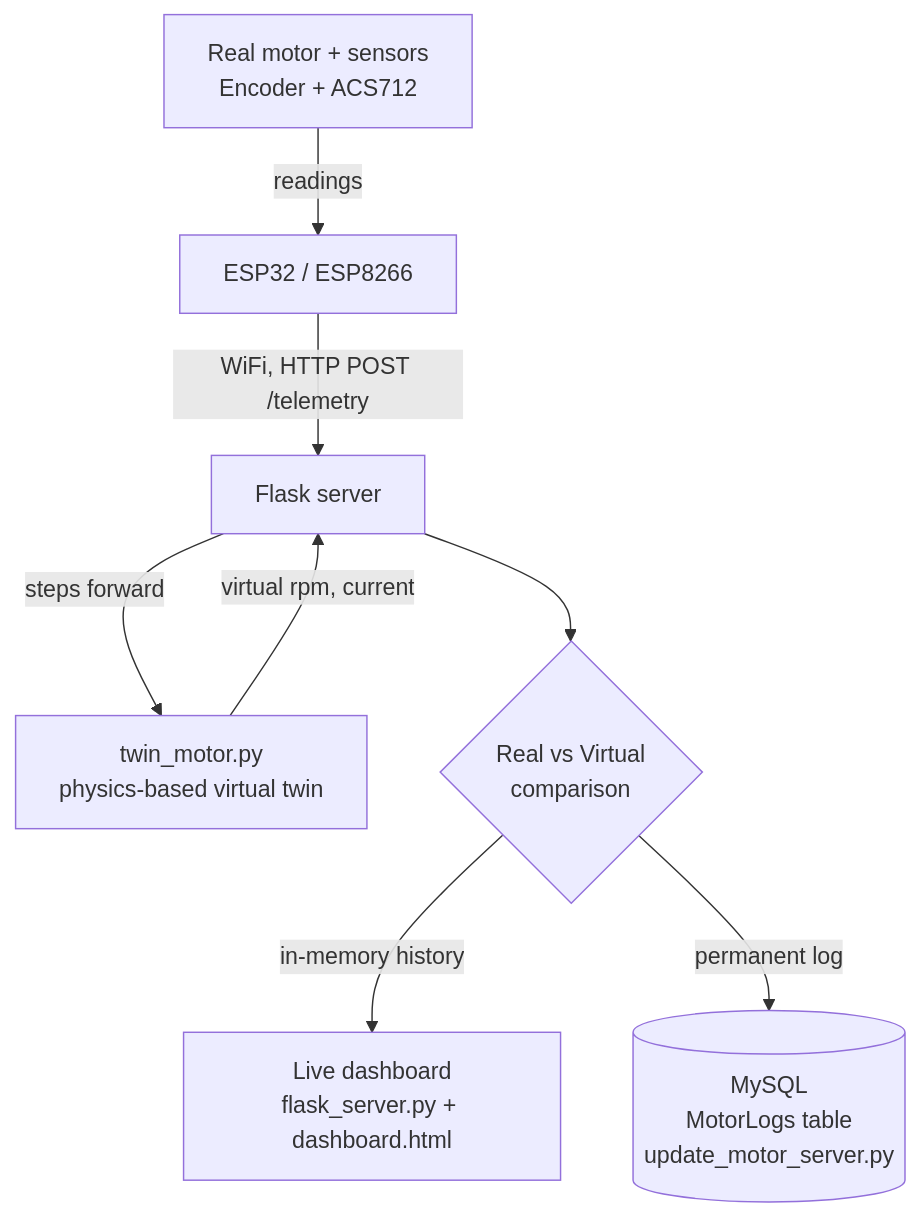
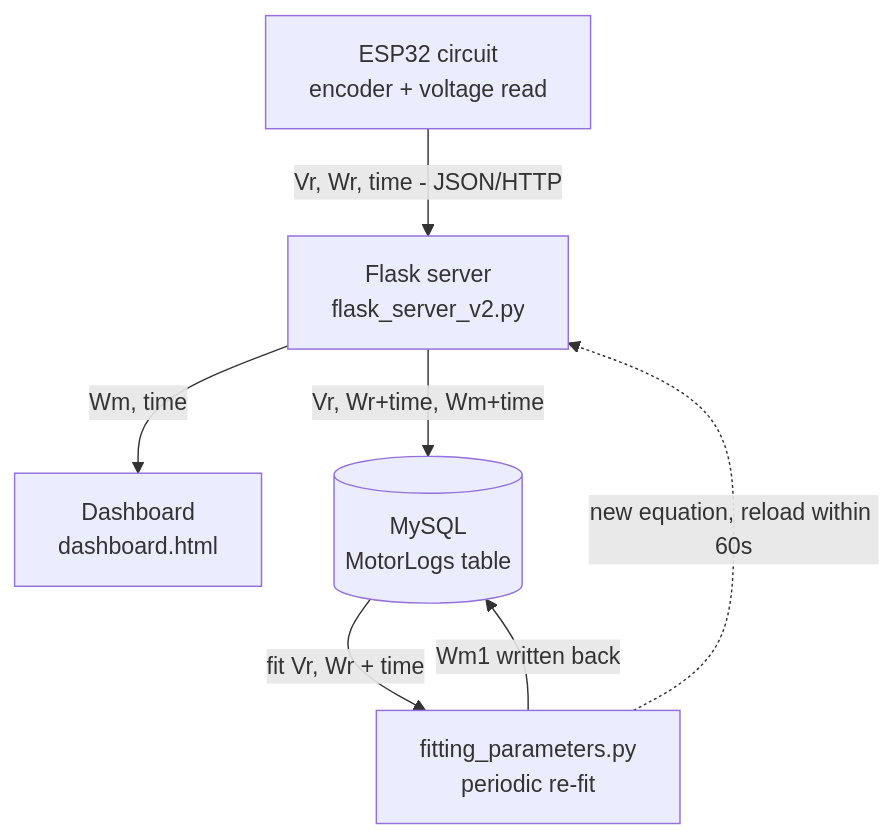
Before and after one commit to oxtknight/esp32-conveyor-motor-modeling-rt: the diagram in README.md, drawn with Mermaid. The commit also changed other lines of this file, not shown here.

````diff
--- a/README.md
+++ b/README.md
@@ -13,10 +14,9 @@
 ```mermaid
 flowchart TD
-    A[Real motor + sensors<br/>Encoder + ACS712] -->|readings| B[ESP32 / ESP8266]
-    B -->|WiFi, HTTP POST /telemetry| C[Flask server]
-    C -->|steps forward| D[twin_motor.py<br/>physics-based virtual twin]
-    D -->|virtual rpm, current| C
-    C --> E{Real vs Virtual<br/>comparison}
-    E -->|in-memory history| F[Live dashboard<br/>flask_server.py + dashboard.html]
-    E -->|permanent log| G[(MySQL<br/>MotorLogs table<br/>update_motor_server.py)]
+    A[ESP32 circuit<br/>encoder + voltage read] -->|Vr, Wr, time - JSON/HTTP| B[Flask server<br/>flask_server_v2.py]
+    B -->|Wm, time| C[Dashboard<br/>dashboard.html]
+    B -->|Vr, Wr+time, Wm+time| D[(MySQL<br/>MotorLogs table)]
+    D -->|fit Vr, Wr + time| E[fitting_parameters.py<br/>periodic re-fit]
+    E -->|Wm1 written back| D
+    E -.->|new equation, reload within 60s| B
 ```
````
